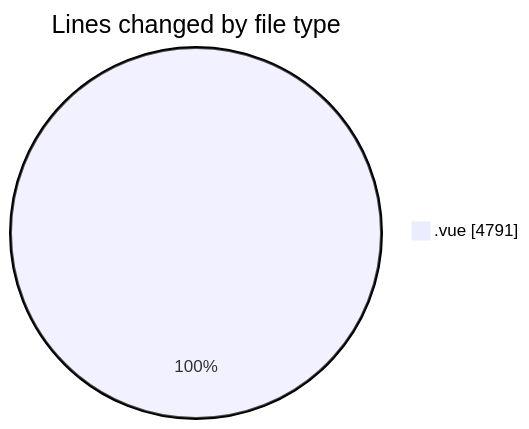
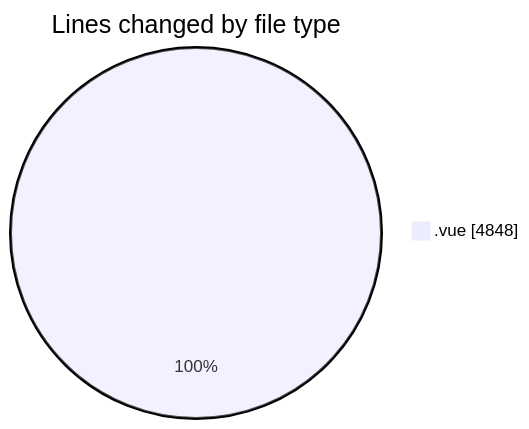
The first of 2 diagrams in 2025-08-14/rentotp/README.md (lephambinh05/code-tracking), drawn with Mermaid before and after one commit. The commit also changed other lines of this file and 1 other file, not shown here.

````diff
--- a/2025-08-14/rentotp/README.md
+++ b/2025-08-14/rentotp/README.md
@@ -22,5 +22,5 @@
 ```mermaid
 pie showData
 title Lines changed by file type
-".vue" : 4791
+".vue" : 4848
 ```
````
